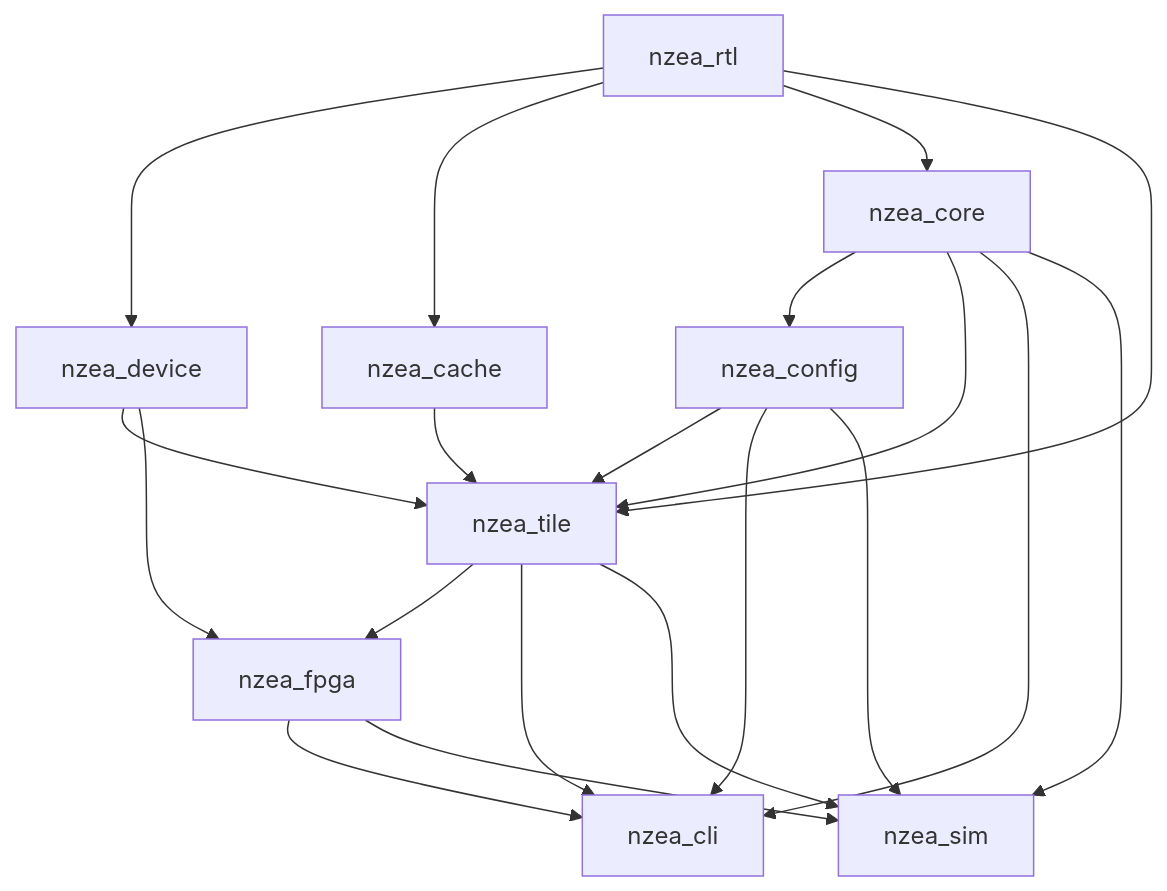
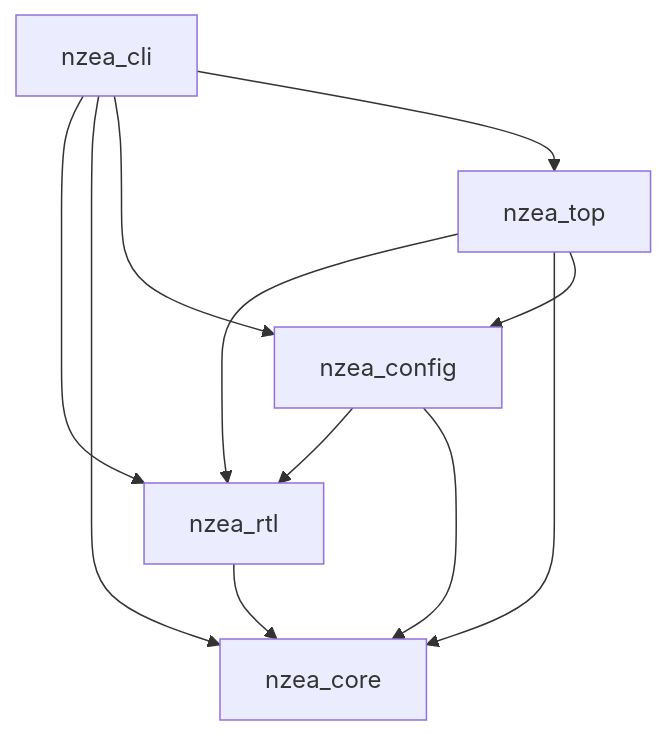
Before and after one commit to CodeWenjiu/NZEA: the diagram in AGENTS.md, drawn with Mermaid. The commit also changed other lines of this file and 5 other files, not shown here.

````diff
--- a/AGENTS.md
+++ b/AGENTS.md
@@ -24,22 +24,13 @@
 ```mermaid
 flowchart TD
-    rtl[nzea_rtl] --> device[nzea_device]
-    rtl --> cache[nzea_cache]
-    rtl --> core[nzea_core]
-    core --> config[nzea_config]
-    core --> tile[nzea_tile]
-    cache --> tile
-    config --> tile
-    rtl --> tile
-    device --> tile
-    device --> fpga[nzea_fpga]
-    tile --> fpga
-    core --> cli[nzea_cli]
-    tile --> cli
-    config --> cli
-    fpga --> cli
-    core --> sim[nzea_sim]
-    tile --> sim
-    config --> sim
-    fpga --> sim
+    rtl[nzea_rtl] --> core[nzea_core]
+    config[nzea_config] --> rtl
+    config --> core
+    top[nzea_top] --> rtl
+    top --> core
+    top --> config
+    cli[nzea_cli] --> rtl
+    cli --> core
+    cli --> config
+    cli --> top
 ```
````
